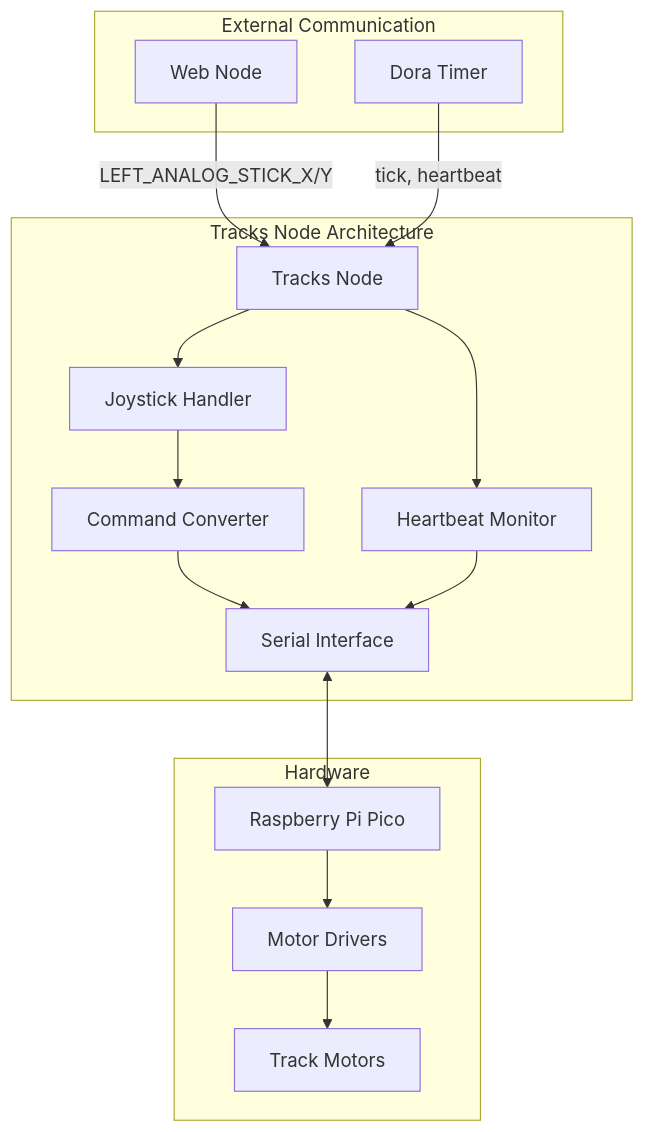
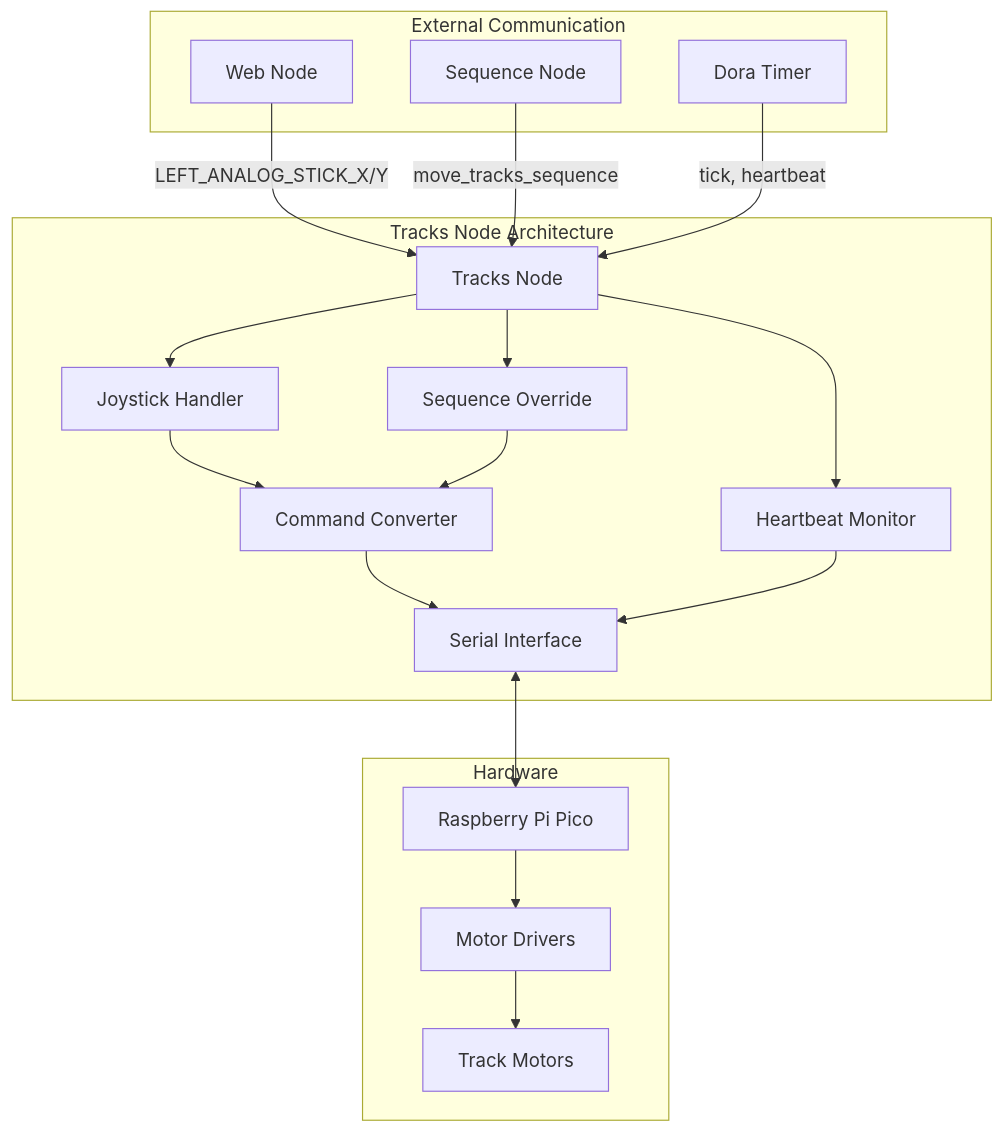
Before and after one commit to mneuhaus/wall-e-dora: the diagram in nodes/tracks/README.md, drawn with Mermaid. The commit also changed other lines of this file and 18 other files, not shown here.

````diff
--- a/nodes/tracks/README.md
+++ b/nodes/tracks/README.md
@@ -9,33 +9,38 @@
 ```mermaid
 graph TD
     subgraph "Tracks Node Architecture"
         TracksNode[Tracks Node]
         SerialInterface[Serial Interface]
         JoystickHandler[Joystick Handler]
+        SequenceOverride[Sequence Override]
         CommandConverter[Command Converter]
         HeartbeatMonitor[Heartbeat Monitor]
     end
 
     subgraph "External Communication"
         WebNode[Web Node]
+        SequenceNode[Sequence Node]
         DoraTimer[Dora Timer]
     end
 
     subgraph "Hardware"
         RP2040[Raspberry Pi Pico]
         MotorDrivers[Motor Drivers]
         TrackMotors[Track Motors]
     end
 
     WebNode -- "LEFT_ANALOG_STICK_X/Y" --> TracksNode
+    SequenceNode -- "move_tracks_sequence" --> TracksNode
     DoraTimer -- "tick, heartbeat" --> TracksNode
 
     TracksNode --> JoystickHandler
+    TracksNode --> SequenceOverride
+    JoystickHandler --> CommandConverter
+    SequenceOverride --> CommandConverter
     TracksNode --> HeartbeatMonitor
-    JoystickHandler --> CommandConverter
     CommandConverter --> SerialInterface
     HeartbeatMonitor --> SerialInterface
     SerialInterface <--> RP2040
     RP2040 --> MotorDrivers
     MotorDrivers --> TrackMotors
 ```
````
